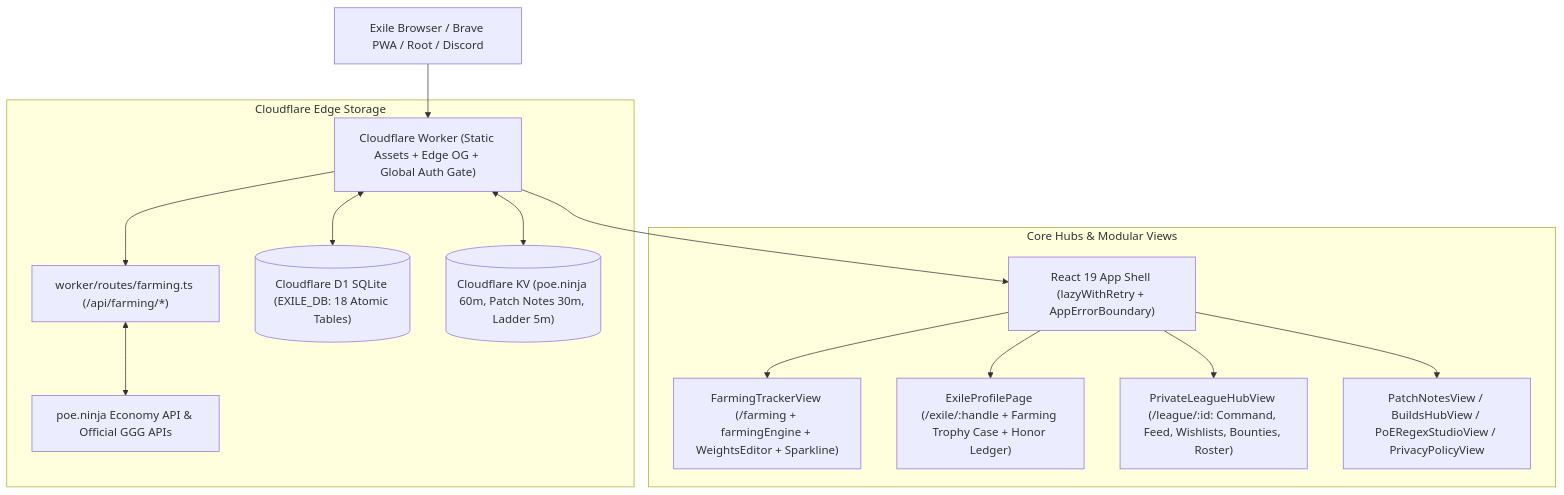
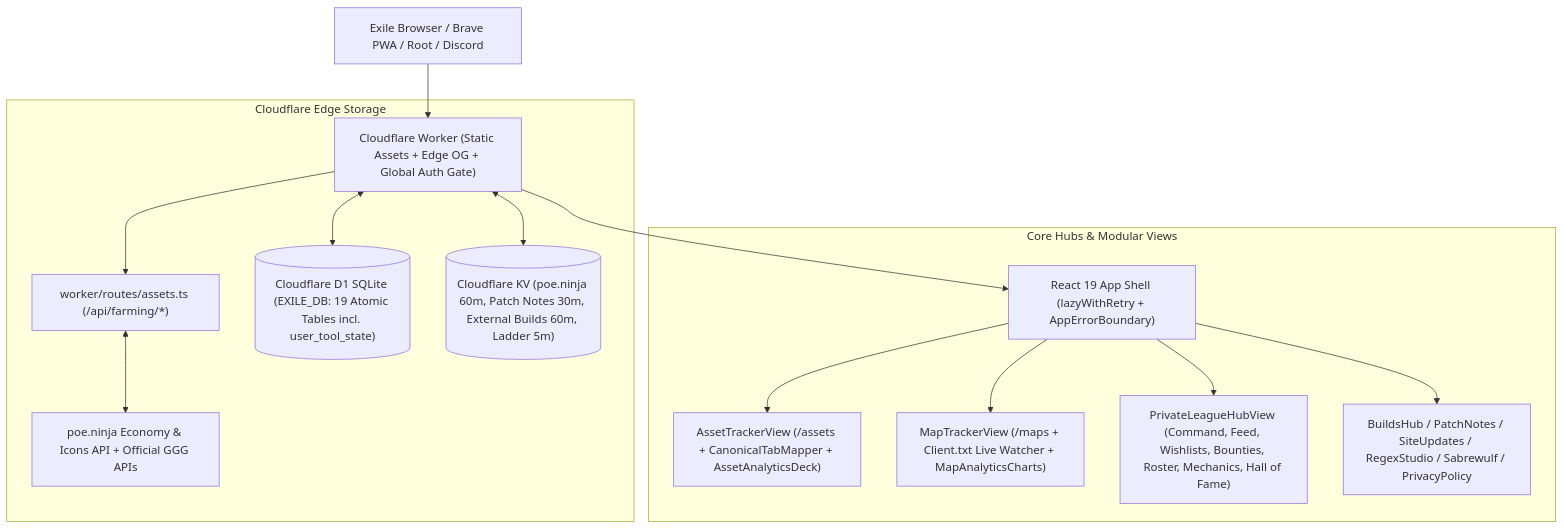
Before and after one commit to Leuie/exile-ssf: the diagram in README.md, drawn with Mermaid. The commit also changed other lines of this file and 6 other files, not shown here.

Commit message:
Redesign Feedback into Patch Notes style Site Updates and Feedback hub, remove fake seeded feedback in D1, and update README

````diff
--- a/README.md
+++ b/README.md
@@ -64,19 +58,19 @@
 ```mermaid
 flowchart TD
     User["Exile Browser / Brave PWA / Root / Discord"] --> Worker["Cloudflare Worker (Static Assets + Edge OG + Global Auth Gate)"]
-    Worker --> FarmingAPI["worker/routes/farming.ts (/api/farming/*)"]
+    Worker --> AssetAPI["worker/routes/assets.ts (/api/farming/*)"]
     Worker --> App["React 19 App Shell (lazyWithRetry + AppErrorBoundary)"]
 
     subgraph "Core Hubs & Modular Views"
-        App --> Farming["FarmingTrackerView (/farming + farmingEngine + WeightsEditor + Sparkline)"]
-        App --> Profile["ExileProfilePage (/exile/:handle + Farming Trophy Case + Honor Ledger)"]
-        App --> Hub["PrivateLeagueHubView (/league/:id: Command, Feed, Wishlists, Bounties, Roster)"]
-        App --> Tools["PatchNotesView / BuildsHubView / PoERegexStudioView / PrivacyPolicyView"]
+        App --> Assets["AssetTrackerView (/assets + CanonicalTabMapper + AssetAnalyticsDeck)"]
+        App --> Maps["MapTrackerView (/maps + Client.txt Live Watcher + MapAnalyticsCharts)"]
+        App --> Hub["PrivateLeagueHubView (Command, Feed, Wishlists, Bounties, Roster, Mechanics, Hall of Fame)"]
+        App --> Tools["BuildsHub / PatchNotes / SiteUpdates / RegexStudio / Sabrewulf / PrivacyPolicy"]
     end
 
     subgraph "Cloudflare Edge Storage"
-        Worker <--> D1[("Cloudflare D1 SQLite (EXILE_DB: 18 Atomic Tables)")]
-        Worker <--> KV[("Cloudflare KV (poe.ninja 60m, Patch Notes 30m, Ladder 5m)")]
-        FarmingAPI <--> External["poe.ninja Economy API & Official GGG APIs"]
+        Worker <--> D1[("Cloudflare D1 SQLite (EXILE_DB: 19 Atomic Tables incl. user_tool_state)")]
+        Worker <--> KV[("Cloudflare KV (poe.ninja 60m, Patch Notes 30m, External Builds 60m, Ladder 5m)")]
+        AssetAPI <--> External["poe.ninja Economy & Icons API + Official GGG APIs"]
     end
 ```
````
